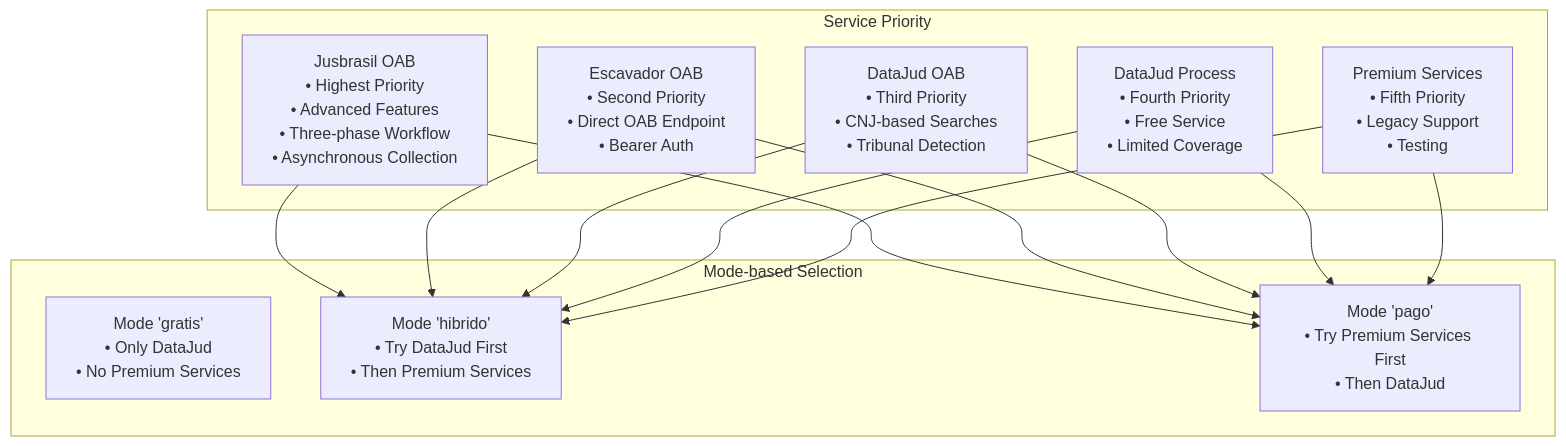
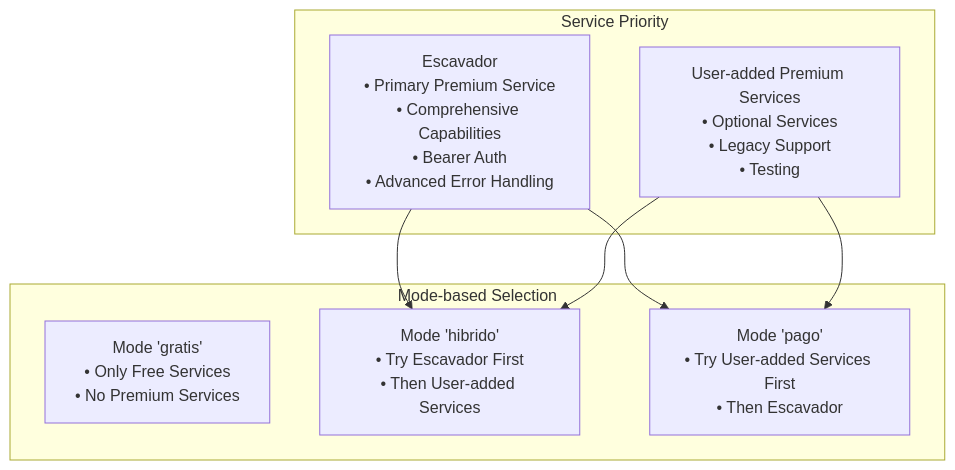
One commit to Alexandrexicara/bot-processos changed diagram 14 of 19 in .qoder/repowiki/en/content/API Integration Layer/Premium Paid Service Integration.md. Above: the diagram before and after it, drawn with Mermaid. The commit also changed other lines of this file and 6 other files, not shown here.

````diff
--- a/.qoder/repowiki/en/content/API Integration Layer/Premium Paid Service Integration.md
+++ b/.qoder/repowiki/en/content/API Integration Layer/Premium Paid Service Integration.md
@@ -620,25 +517,16 @@
 ```mermaid
 flowchart TD
 subgraph "Service Priority"
-Priority1["Jusbrasil OAB<br/>• Highest Priority<br/>• Advanced Features<br/>• Three-phase Workflow<br/>• Asynchronous Collection"]
-Priority2["Escavador OAB<br/>• Second Priority<br/>• Direct OAB Endpoint<br/>• Bearer Auth"]
-Priority3["DataJud OAB<br/>• Third Priority<br/>• CNJ-based Searches<br/>• Tribunal Detection"]
-Priority4["DataJud Process<br/>• Fourth Priority<br/>• Free Service<br/>• Limited Coverage"]
-Priority5["Premium Services<br/>• Fifth Priority<br/>• Legacy Support<br/>• Testing"]
+Priority1["Escavador<br/>• Primary Premium Service<br/>• Comprehensive Capabilities<br/>• Bearer Auth<br/>• Advanced Error Handling"]
+Priority2["User-added Premium Services<br/>• Optional Services<br/>• Legacy Support<br/>• Testing"]
 end
 subgraph "Mode-based Selection"
-ModeGratis["Mode 'gratis'<br/>• Only DataJud<br/>• No Premium Services"]
-ModeHibrido["Mode 'hibrido'<br/>• Try DataJud First<br/>• Then Premium Services"]
-ModePago["Mode 'pago'<br/>• Try Premium Services First<br/>• Then DataJud"]
+ModeGratis["Mode 'gratis'<br/>• Only Free Services<br/>• No Premium Services"]
+ModeHibrido["Mode 'hibrido'<br/>• Try Escavador First<br/>• Then User-added Services"]
+ModePago["Mode 'pago'<br/>• Try User-added Services First<br/>• Then Escavador"]
 end
 Priority1 --> ModeHibrido
 Priority2 --> ModeHibrido
-Priority3 --> ModeHibrido
-Priority4 --> ModeHibrido
-Priority5 --> ModeHibrido
 Priority1 --> ModePago
 Priority2 --> ModePago
-Priority3 --> ModePago
-Priority4 --> ModePago
-Priority5 --> ModePago
 ```
````
